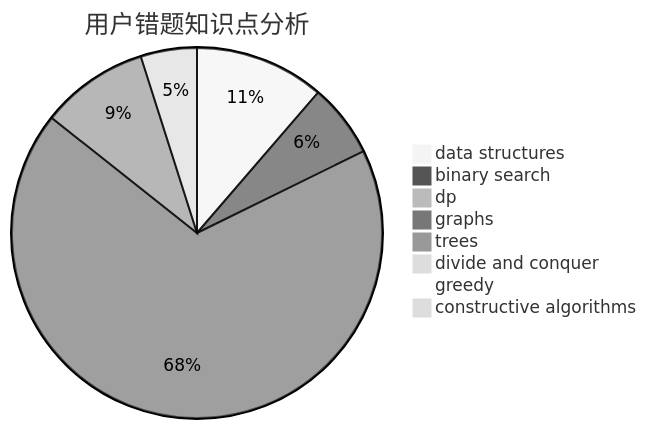
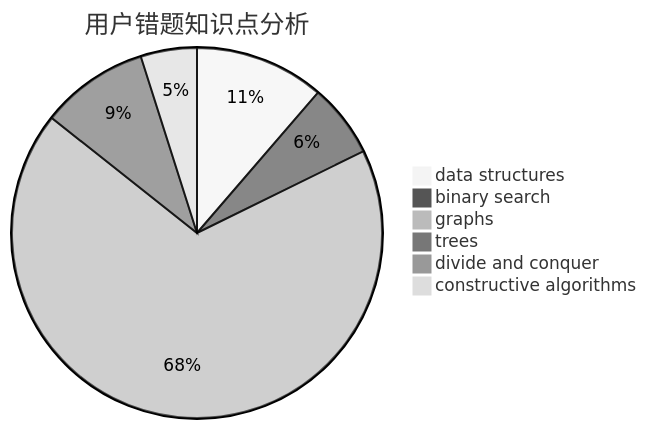
Before and after one commit to sherpahu/cfrs.github.io: the third of 3 diagrams in docs/user/u1887.md, drawn with Mermaid (neutral theme). The commit also changed other lines of this file and 2770 other files, not shown here.

````diff
--- a/docs/user/u1887.md
+++ b/docs/user/u1887.md
@@ -31,11 +28,9 @@
 ```mermaid
 pie title 用户错题知识点分析
     "data structures" :  30
     "binary search" :  17
-    "dp" :  0
     "graphs" :  180
     "trees" :  25
     "divide and conquer" :  1
-    "greedy" :  0
     "constructive algorithms" :  13
 ```
````
